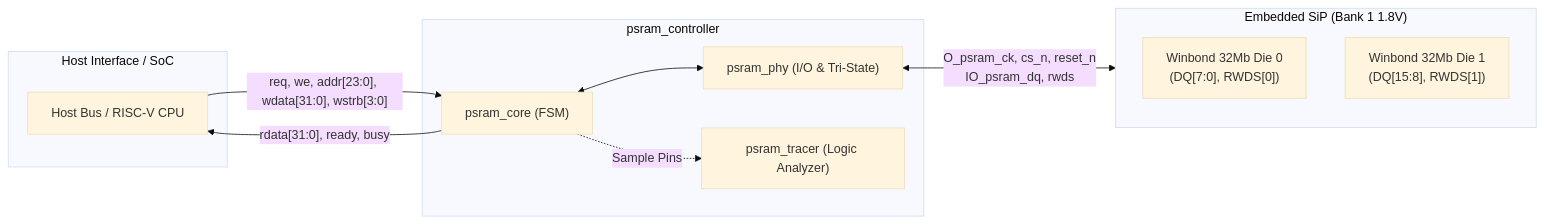
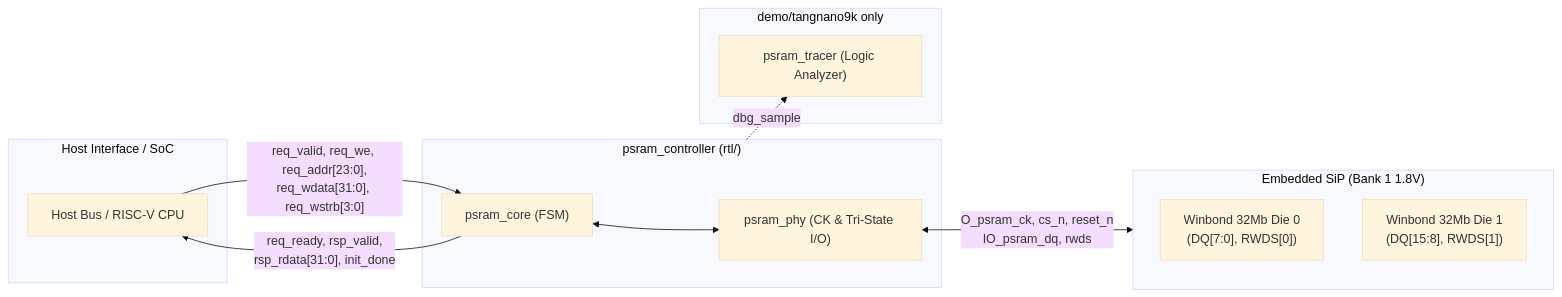
The first of 2 diagrams in README.md (takayuki-nagata/psram_controller), drawn with Mermaid (base theme) before and after one commit. The commit also changed other lines of this file and 4 other files, not shown here.

````diff
--- a/README.md
+++ b/README.md
@@ -30,23 +34,26 @@
 ```mermaid
 flowchart LR
     subgraph Host ["Host Interface / SoC"]
         CPU["Host Bus / RISC-V CPU"]
     end
 
-    subgraph PSRAM_Ctrl ["psram_controller"]
+    subgraph PSRAM_Ctrl ["psram_controller (rtl/)"]
         Core["psram_core (FSM)"]
-        PHY["psram_phy (I/O & Tri-State)"]
+        PHY["psram_phy (CK & Tri-State I/O)"]
+    end
+
+    subgraph Demo ["demo/tangnano9k only"]
         Tracer["psram_tracer (Logic Analyzer)"]
     end
 
     subgraph SiP ["Embedded SiP (Bank 1 1.8V)"]
         Die0["Winbond 32Mb Die 0\n(DQ[7:0], RWDS[0])"]
         Die1["Winbond 32Mb Die 1\n(DQ[15:8], RWDS[1])"]
     end
 
-    CPU -->|"req, we, addr[23:0], wdata[31:0], wstrb[3:0]"| Core
-    Core -->|"rdata[31:0], ready, busy"| CPU
+    CPU -->|"req_valid, req_we, req_addr[23:0],\nreq_wdata[31:0], req_wstrb[3:0]"| Core
+    Core -->|"req_ready, rsp_valid,\nrsp_rdata[31:0], init_done"| CPU
     Core <--> PHY
     PHY <-->|"O_psram_ck, cs_n, reset_n\nIO_psram_dq, rwds"| SiP
-    Core -.->|"Sample Pins"| Tracer
+    PSRAM_Ctrl -.->|"dbg_sample"| Tracer
 ```
````
